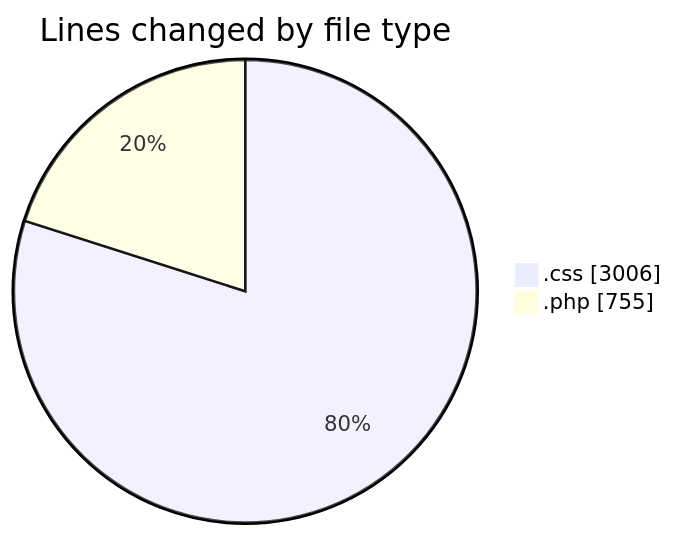
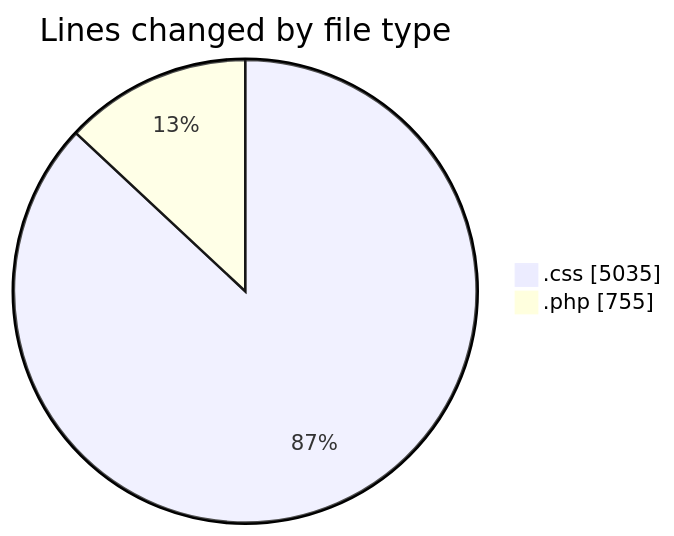
Before and after one commit to debugP/code-tracking: the first of 2 diagrams in 2026-10-13/untitled__workspace_/README.md, drawn with Mermaid. The commit also changed other lines of this file and 1 other file, not shown here.

````diff
--- a/2026-10-13/untitled__workspace_/README.md
+++ b/2026-10-13/untitled__workspace_/README.md
@@ -21,6 +22,6 @@
 ```mermaid
 pie showData
 title Lines changed by file type
-".css" : 3006
+".css" : 5035
 ".php" : 755
 ```
````
